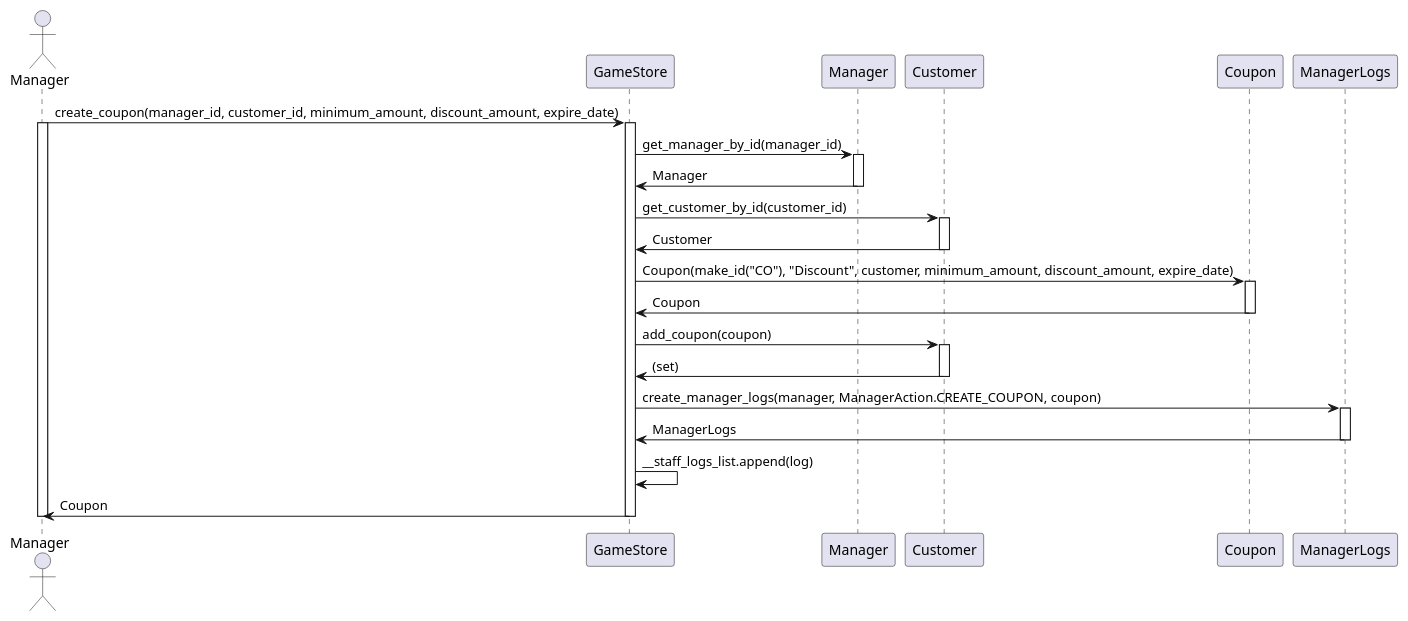
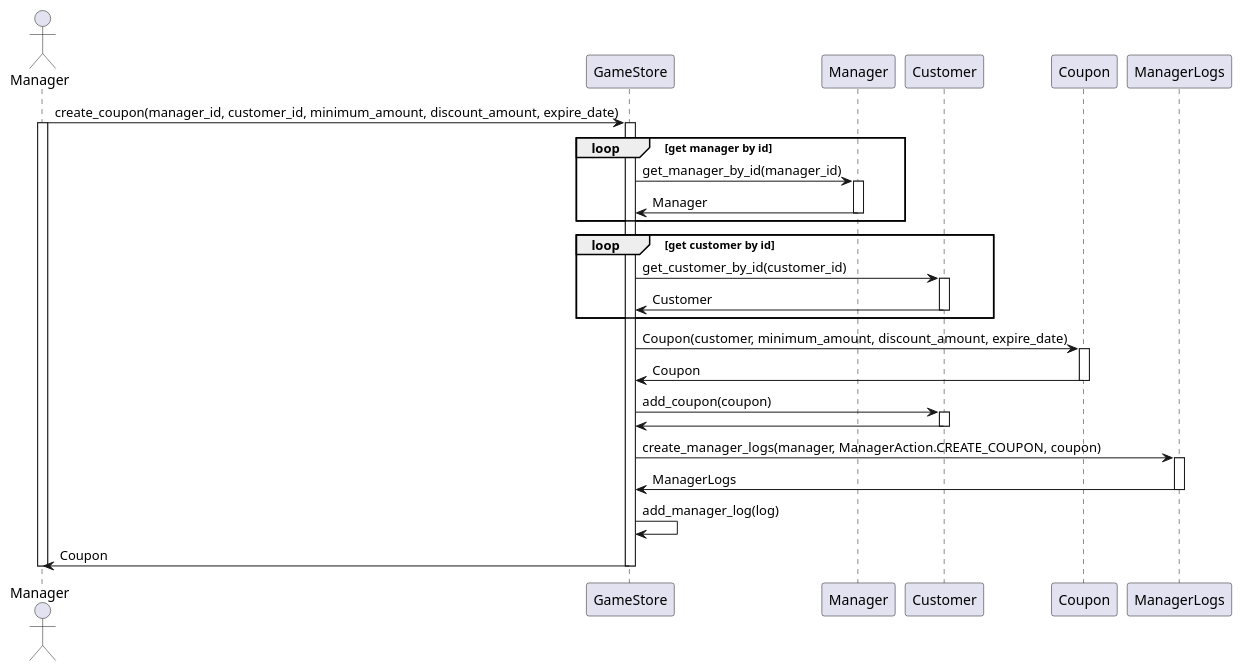
The diagram in SequenceDiagram/sequence_diagram_create_coupon.puml (WaroonRagwongsiri/OOP_Project), drawn with PlantUML before and after one commit. The commit also changed 1 other file, not shown here.

```diff
--- a/SequenceDiagram/sequence_diagram_create_coupon.puml
+++ b/SequenceDiagram/sequence_diagram_create_coupon.puml
@@ -1,41 +1,45 @@
 @startuml Create Coupon Sequence Diagram
 
 actor Manager as A_Manager
 
 A_Manager -> GameStore: create_coupon(manager_id, customer_id, minimum_amount, discount_amount, expire_date)
 activate A_Manager
 
 activate GameStore
-GameStore -> Manager: get_manager_by_id(manager_id)
-activate Manager
-Manager -> GameStore: Manager
-deactivate Manager
+loop get manager by id
+	GameStore -> Manager: get_manager_by_id(manager_id)
+	activate Manager
+	Manager -> GameStore: Manager
+	deactivate Manager
+end
 
-GameStore -> Customer: get_customer_by_id(customer_id)
-activate Customer
-Customer -> GameStore: Customer
-deactivate Customer
+loop get customer by id
+	GameStore -> Customer: get_customer_by_id(customer_id)
+	activate Customer
+	Customer -> GameStore: Customer
+	deactivate Customer
+end
 
-GameStore -> Coupon: Coupon(make_id("CO"), "Discount", customer, minimum_amount, discount_amount, expire_date)
+GameStore -> Coupon: Coupon(customer, minimum_amount, discount_amount, expire_date)
 activate Coupon
 Coupon -> GameStore: Coupon
 deactivate Coupon
 
 GameStore -> Customer: add_coupon(coupon)
 activate Customer
-Customer -> GameStore: (set)
+Customer -> GameStore:
 deactivate Customer
 
 GameStore -> ManagerLogs: create_manager_logs(manager, ManagerAction.CREATE_COUPON, coupon)
 activate ManagerLogs
 ManagerLogs -> GameStore: ManagerLogs
 deactivate ManagerLogs
 
-GameStore -> GameStore: __staff_logs_list.append(log)
+GameStore -> GameStore: add_manager_log(log)
 
 GameStore -> A_Manager: Coupon
 deactivate GameStore
 
 deactivate A_Manager
 
 @enduml
```
